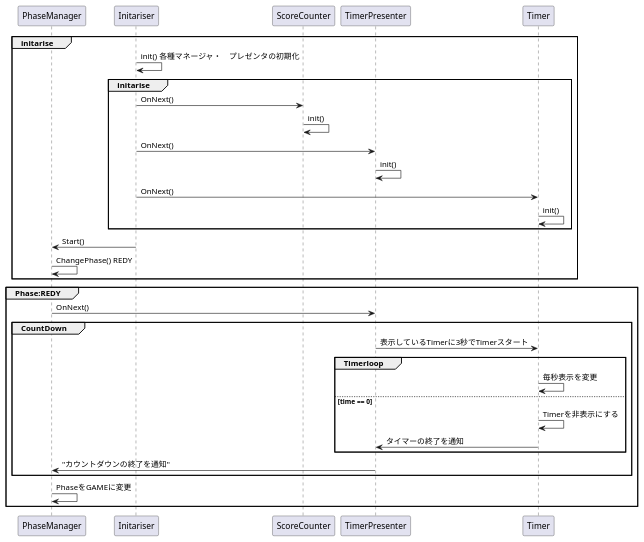
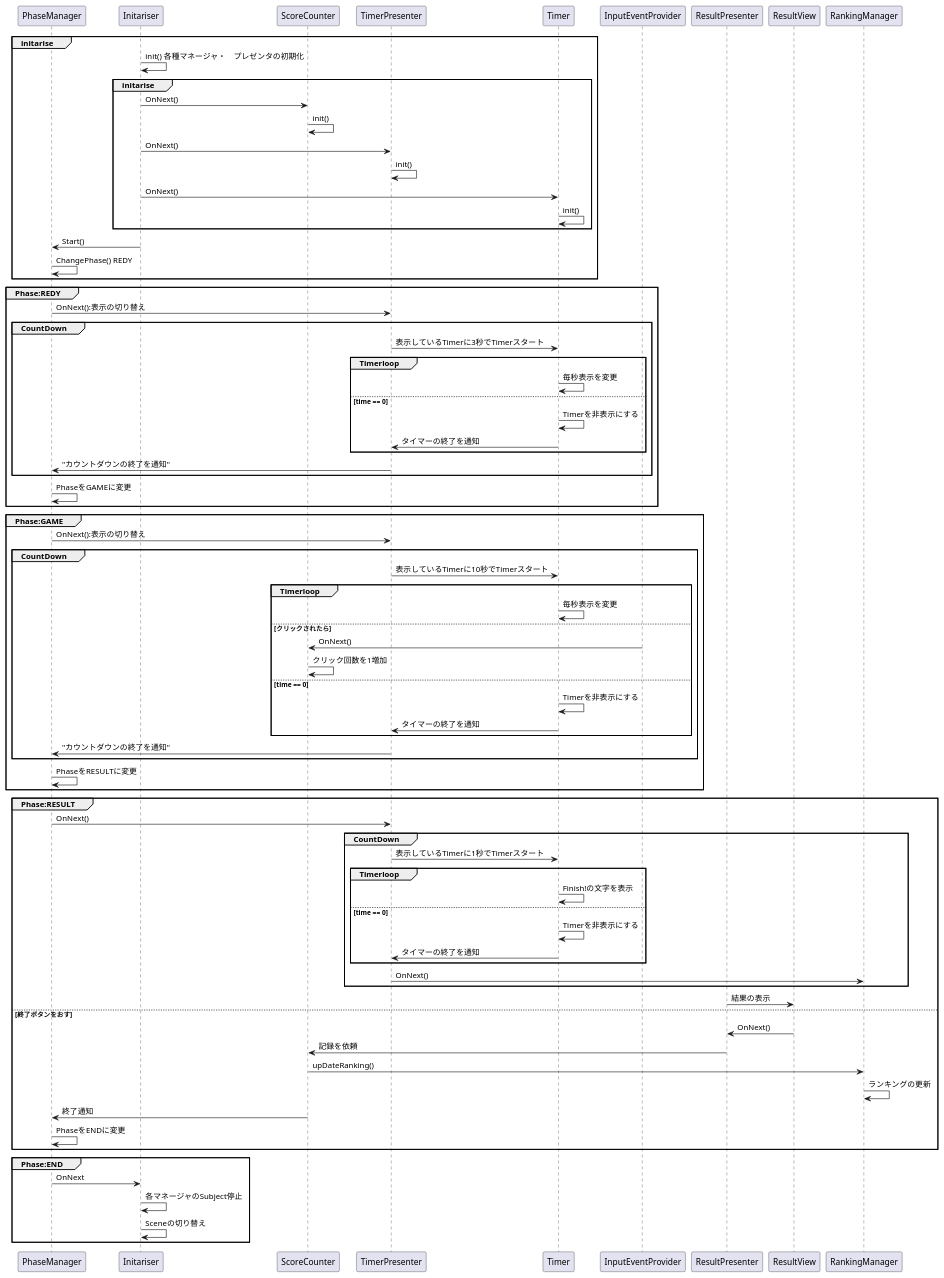
The diagram in Script_Test/Test_SceneManage/仕様書類/sequence.pu (tezumozu/Games_Practice), drawn with PlantUML before and after one commit. The commit also changed 5 other files, not shown here.

Commit message:
シーケンス図加筆

```diff
--- a/Script_Test/Test_SceneManage/仕様書類/sequence.pu
+++ b/Script_Test/Test_SceneManage/仕様書類/sequence.pu
@@ -1,40 +1,94 @@
 @startuml GameScene
     participant PhaseManager
     participant Initariser
     participant ScoreCounter
     participant TimerPresenter
     participant Timer
+    participant InputEventProvider
+    participant ResultPresenter
+    participant ResultView
 
     group initarise 
         Initariser -> Initariser:init() 各種マネージャ・　プレゼンタの初期化
         group initarise
             Initariser -> ScoreCounter:OnNext()
             ScoreCounter -> ScoreCounter:init()
 
             Initariser -> TimerPresenter:OnNext()
             TimerPresenter -> TimerPresenter:init()
 
             Initariser -> Timer:OnNext()
             Timer -> Timer:init()
         end
         Initariser -> PhaseManager : Start()
         PhaseManager -> PhaseManager : ChangePhase() REDY
     end
 
     group Phase:REDY
-        PhaseManager -> TimerPresenter:OnNext()
+        PhaseManager -> TimerPresenter:OnNext():表示の切り替え
         group CountDown
             TimerPresenter -> Timer:表示しているTimerに3秒でTimerスタート
             group Timerloop
                 Timer -> Timer:毎秒表示を変更
                 else time == 0
                 Timer -> Timer : Timerを非表示にする
                 Timer -> TimerPresenter:タイマーの終了を通知
             end
             TimerPresenter -> PhaseManager:"カウントダウンの終了を通知"
         end
         PhaseManager -> PhaseManager:PhaseをGAMEに変更
     end
 
+    group Phase:GAME
+        PhaseManager -> TimerPresenter:OnNext():表示の切り替え
+        group CountDown
+            TimerPresenter -> Timer:表示しているTimerに10秒でTimerスタート
+            group Timerloop
+                Timer -> Timer:毎秒表示を変更
+
+                else クリックされたら
+                InputEventProvider -> ScoreCounter:OnNext()
+                ScoreCounter -> ScoreCounter:クリック回数を1増加
+
+                else time == 0
+                Timer -> Timer : Timerを非表示にする
+                Timer -> TimerPresenter:タイマーの終了を通知
+            end
+            TimerPresenter -> PhaseManager:"カウントダウンの終了を通知"
+        end
+        PhaseManager -> PhaseManager :PhaseをRESULTに変更
+    end
+
+    group Phase:RESULT
+        PhaseManager -> TimerPresenter:OnNext()
+        group CountDown
+            TimerPresenter -> Timer:表示しているTimerに1秒でTimerスタート
+            group Timerloop
+                Timer -> Timer:Finish!の文字を表示
+
+                else time == 0
+                Timer -> Timer : Timerを非表示にする
+                Timer -> TimerPresenter:タイマーの終了を通知
+            end
+            TimerPresenter -> RankingManager:OnNext()
+        end
+        ResultPresenter -> ResultView:結果の表示
+
+        else 終了ボタンをおす
+        ResultView -> ResultPresenter:OnNext()
+        ResultPresenter -> ScoreCounter:記録を依頼
+        ScoreCounter -> RankingManager:upDateRanking()
+        RankingManager -> RankingManager:ランキングの更新
+        ScoreCounter -> PhaseManager : 終了通知
+        PhaseManager -> PhaseManager : PhaseをENDに変更
+    end
+
+    group Phase:END
+        PhaseManager -> Initariser:OnNext
+        Initariser -> Initariser : 各マネージャのSubject停止
+        Initariser -> Initariser : Sceneの切り替え
+    end
+
+
 
 @enduml
```
